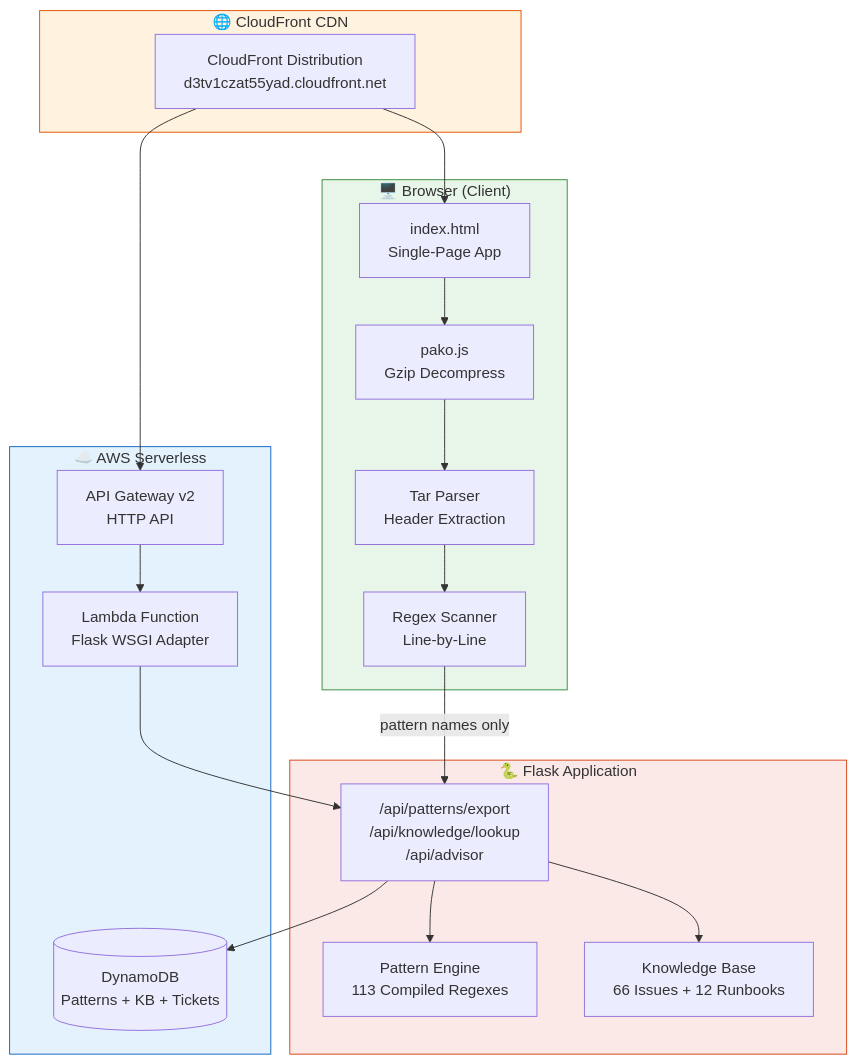
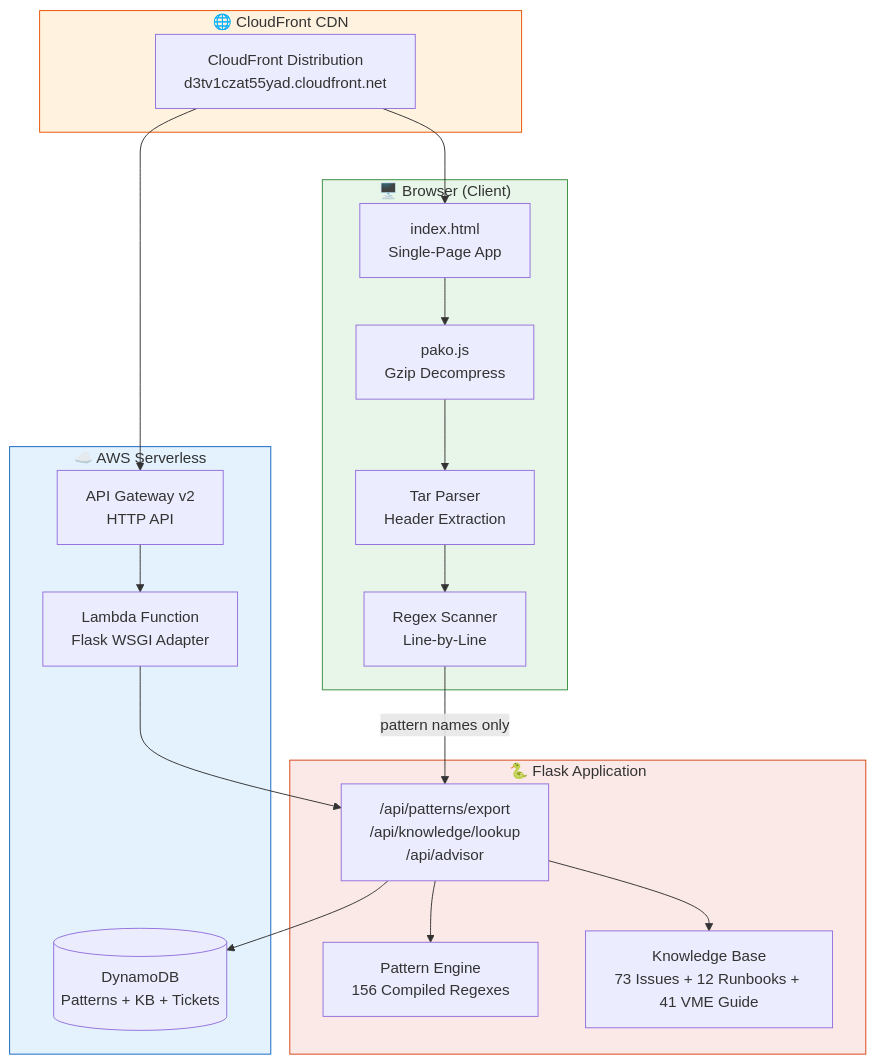
One commit to yadakrishna245/Log_analysis changed the fifth of 8 diagrams in README.md. Above: the diagram before and after it, drawn with Mermaid. The commit also changed other lines of this file and 4 other files, not shown here.

````diff
--- a/README.md
+++ b/README.md
@@ -260,43 +287,43 @@
 ```mermaid
 graph TB
     subgraph CDN["🌐 CloudFront CDN"]
         CF[CloudFront Distribution<br/>d3tv1czat55yad.cloudfront.net]
     end
 
     subgraph SERVERLESS["☁️ AWS Serverless"]
         APIGW[API Gateway v2<br/>HTTP API]
         LAMBDA[Lambda Function<br/>Flask WSGI Adapter]
         DYNAMO[(DynamoDB<br/>Patterns + KB + Tickets)]
     end
 
     subgraph FLASK["🐍 Flask Application"]
         ROUTES["/api/patterns/export<br/>/api/knowledge/lookup<br/>/api/advisor"]
-        ENGINE[Pattern Engine<br/>113 Compiled Regexes]
-        KB[Knowledge Base<br/>66 Issues + 12 Runbooks]
+        ENGINE[Pattern Engine<br/>156 Compiled Regexes]
+        KB[Knowledge Base<br/>73 Issues + 12 Runbooks + 41 VME Guide]
     end
 
     subgraph BROWSER["🖥️ Browser (Client)"]
         HTML[index.html<br/>Single-Page App]
         PAKO[pako.js<br/>Gzip Decompress]
         TARPARSER[Tar Parser<br/>Header Extraction]
         SCANNER[Regex Scanner<br/>Line-by-Line]
     end
 
     CF --> APIGW
     APIGW --> LAMBDA
     LAMBDA --> ROUTES
     ROUTES --> ENGINE
     ROUTES --> KB
     ROUTES --> DYNAMO
 
     CF --> HTML
     HTML --> PAKO
     PAKO --> TARPARSER
     TARPARSER --> SCANNER
     SCANNER -->|pattern names only| ROUTES
 
     style CDN fill:#fff3e0,stroke:#e65100
     style SERVERLESS fill:#e3f2fd,stroke:#1565c0
     style FLASK fill:#fbe9e7,stroke:#d84315
     style BROWSER fill:#e8f5e9,stroke:#388e3c
 ```
````
